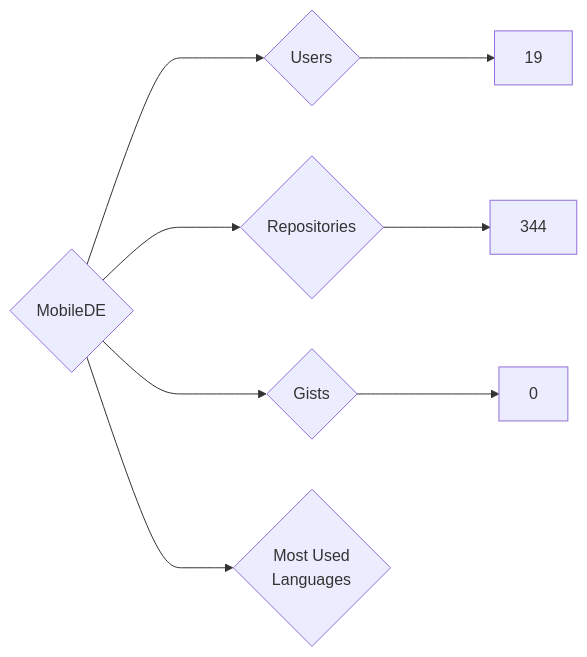
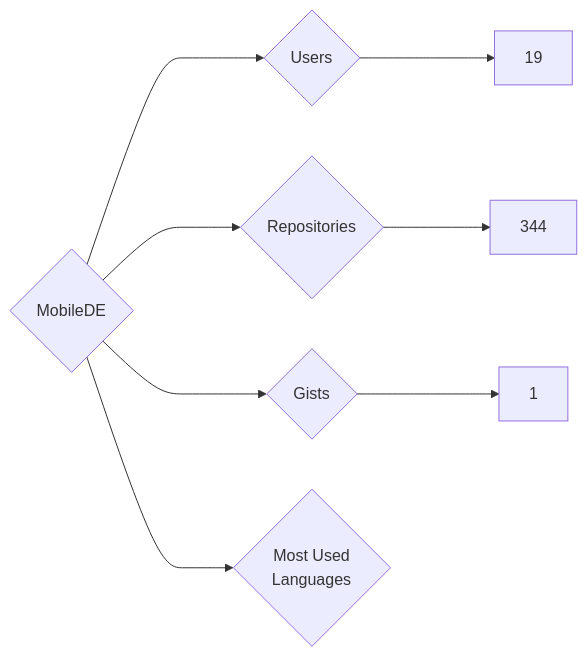
Before and after one commit to nenadzaric/insiders: the diagram in targets/MobileDE/README.md, drawn with Mermaid. The commit also changed 1342 other files, not shown here.

````diff
--- a/targets/MobileDE/README.md
+++ b/targets/MobileDE/README.md
@@ -3,8 +3,8 @@
 ```mermaid
 graph LR
 COMPANY_NAME{MobileDE}
 COMPANY_NAME ---> U{Users} ---> UN[19]
 COMPANY_NAME ---> R{Repositories} ---> RN[344]
-COMPANY_NAME ---> G{Gists} ---> GN[0]
+COMPANY_NAME ---> G{Gists} ---> GN[1]
 COMPANY_NAME ---> ML{Most Used<br>Languages}
 ```
````
